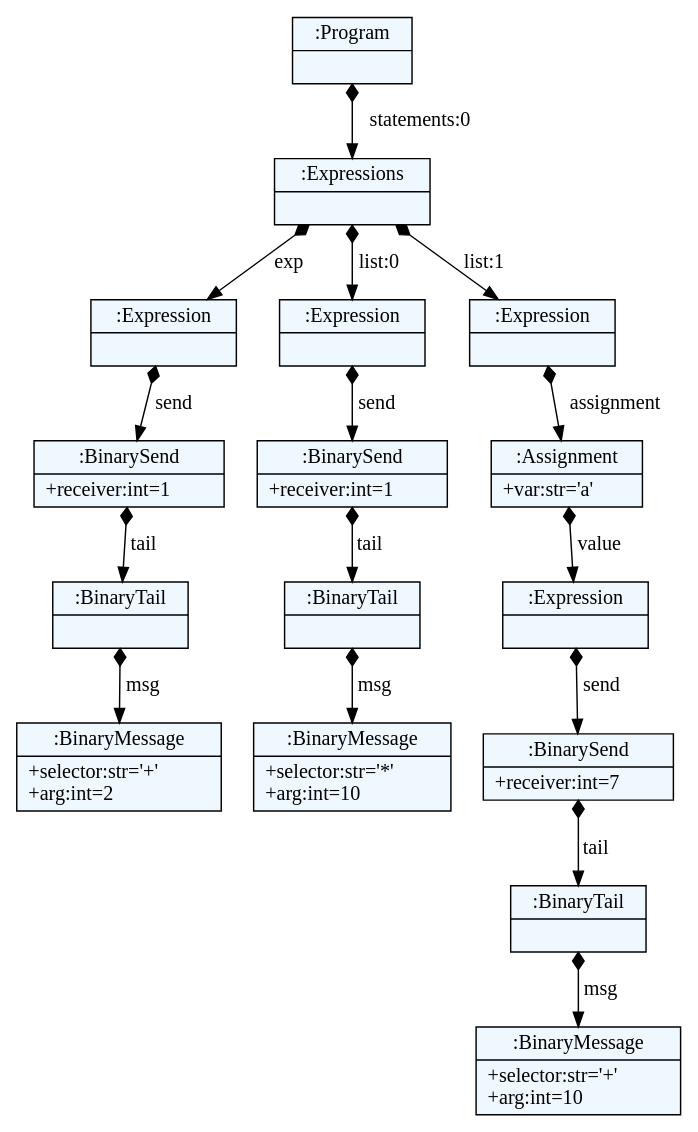
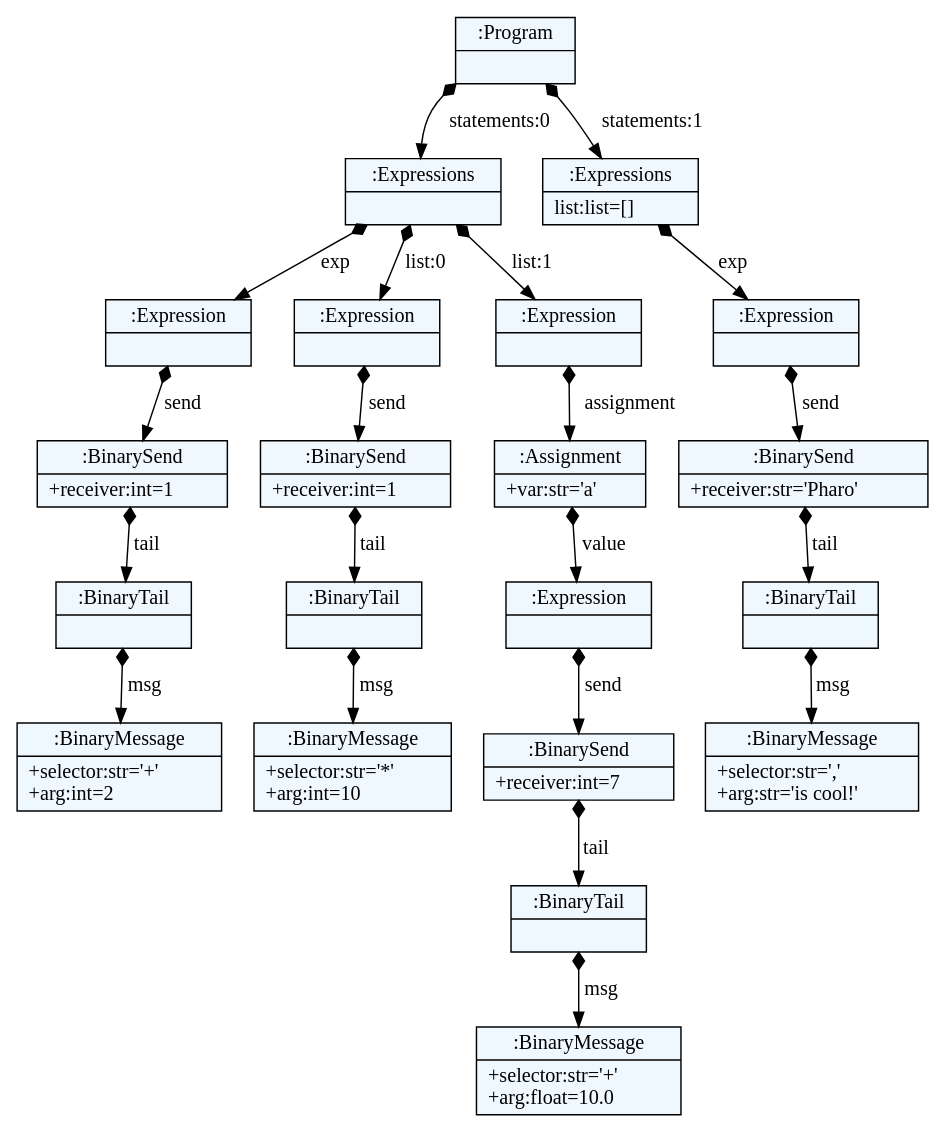
One commit to spcnz/smalltalk-parser changed the diagram in parser/dot/binary_msg.dot. Above: the diagram before and after it, drawn with Graphviz. The commit also changed 18 other files, not shown here.

```diff
--- a/parser/dot/binary_msg.dot
+++ b/parser/dot/binary_msg.dot
@@ -1,46 +1,56 @@
 
     digraph textX {
     fontname = "Bitstream Vera Sans"
     fontsize = 8
     node[
         shape=record,
         style=filled,
         fillcolor=aliceblue
     ]
     nodesep = 0.3
     edge[dir=black,arrowtail=empty]
 
 
-2503602535168 -> 2503602759944 [label="statements:0" arrowtail=diamond dir=both]
-2503602759944 -> 2503602760560 [label="exp" arrowtail=diamond dir=both]
-2503602760560 -> 2503602759328 [label="send" arrowtail=diamond dir=both]
-2503602759328 -> 2503602760056 [label="tail" arrowtail=diamond dir=both]
-2503602760056 -> 2503602760672 [label="msg" arrowtail=diamond dir=both]
-2503602760672[label="{:BinaryMessage|+selector:str='+'\l+arg:int=2\l}"]
-2503602760056[label="{:BinaryTail|}"]
-2503602759328[label="{:BinarySend|+receiver:int=1\l}"]
-2503602760560[label="{:Expression|}"]
-2503602759944 -> 2503602759216 [label="list:0" arrowtail=diamond dir=both]
-2503602759216 -> 2503602760840 [label="send" arrowtail=diamond dir=both]
-2503602760840 -> 2503602761512 [label="tail" arrowtail=diamond dir=both]
-2503602761512 -> 2503602761624 [label="msg" arrowtail=diamond dir=both]
-2503602761624[label="{:BinaryMessage|+selector:str='*'\l+arg:int=10\l}"]
-2503602761512[label="{:BinaryTail|}"]
-2503602760840[label="{:BinarySend|+receiver:int=1\l}"]
-2503602759216[label="{:Expression|}"]
-2503602759944 -> 2503602760616 [label="list:1" arrowtail=diamond dir=both]
-2503602760616 -> 2503602760784 [label="assignment" arrowtail=diamond dir=both]
-2503602760784 -> 2503602761680 [label="value" arrowtail=diamond dir=both]
-2503602761680 -> 2503604810136 [label="send" arrowtail=diamond dir=both]
-2503604810136 -> 2503604810360 [label="tail" arrowtail=diamond dir=both]
-2503604810360 -> 2503604810472 [label="msg" arrowtail=diamond dir=both]
-2503604810472[label="{:BinaryMessage|+selector:str='+'\l+arg:int=10\l}"]
-2503604810360[label="{:BinaryTail|}"]
-2503604810136[label="{:BinarySend|+receiver:int=7\l}"]
-2503602761680[label="{:Expression|}"]
-2503602760784[label="{:Assignment|+var:str='a'\l}"]
-2503602760616[label="{:Expression|}"]
-2503602759944[label="{:Expressions|}"]
-2503602535168[label="{:Program|}"]
+1565906721872 -> 1565906994120 [label="statements:0" arrowtail=diamond dir=both]
+1565906994120 -> 1565906994344 [label="exp" arrowtail=diamond dir=both]
+1565906994344 -> 1565906995128 [label="send" arrowtail=diamond dir=both]
+1565906995128 -> 1565906994456 [label="tail" arrowtail=diamond dir=both]
+1565906994456 -> 1565906995800 [label="msg" arrowtail=diamond dir=both]
+1565906995800[label="{:BinaryMessage|+selector:str='+'\l+arg:int=2\l}"]
+1565906994456[label="{:BinaryTail|}"]
+1565906995128[label="{:BinarySend|+receiver:int=1\l}"]
+1565906994344[label="{:Expression|}"]
+1565906994120 -> 1565906995016 [label="list:0" arrowtail=diamond dir=both]
+1565906995016 -> 1565906995296 [label="send" arrowtail=diamond dir=both]
+1565906995296 -> 1565906995856 [label="tail" arrowtail=diamond dir=both]
+1565906995856 -> 1565906996024 [label="msg" arrowtail=diamond dir=both]
+1565906996024[label="{:BinaryMessage|+selector:str='*'\l+arg:int=10\l}"]
+1565906995856[label="{:BinaryTail|}"]
+1565906995296[label="{:BinarySend|+receiver:int=1\l}"]
+1565906995016[label="{:Expression|}"]
+1565906994120 -> 1565906995240 [label="list:1" arrowtail=diamond dir=both]
+1565906995240 -> 1565906994960 [label="assignment" arrowtail=diamond dir=both]
+1565906994960 -> 1565906995744 [label="value" arrowtail=diamond dir=both]
+1565906995744 -> 1565906996640 [label="send" arrowtail=diamond dir=both]
+1565906996640 -> 1565906996360 [label="tail" arrowtail=diamond dir=both]
+1565906996360 -> 1565906993616 [label="msg" arrowtail=diamond dir=both]
+1565906993616[label="{:BinaryMessage|+selector:str='+'\l+arg:float=10.0\l}"]
+1565906996360[label="{:BinaryTail|}"]
+1565906996640[label="{:BinarySend|+receiver:int=7\l}"]
+1565906995744[label="{:Expression|}"]
+1565906994960[label="{:Assignment|+var:str='a'\l}"]
+1565906995240[label="{:Expression|}"]
+1565906994120[label="{:Expressions|}"]
+1565906721872 -> 1565906994288 [label="statements:1" arrowtail=diamond dir=both]
+1565906994288 -> 1565906995464 [label="exp" arrowtail=diamond dir=both]
+1565906995464 -> 1565906995688 [label="send" arrowtail=diamond dir=both]
+1565906995688 -> 1565906996696 [label="tail" arrowtail=diamond dir=both]
+1565906996696 -> 1565906996080 [label="msg" arrowtail=diamond dir=both]
+1565906996080[label="{:BinaryMessage|+selector:str=','\l+arg:str='is cool!'\l}"]
+1565906996696[label="{:BinaryTail|}"]
+1565906995688[label="{:BinarySend|+receiver:str='Pharo'\l}"]
+1565906995464[label="{:Expression|}"]
+1565906994288[label="{:Expressions|list:list=[]\l}"]
+1565906721872[label="{:Program|}"]
 
 }
```
